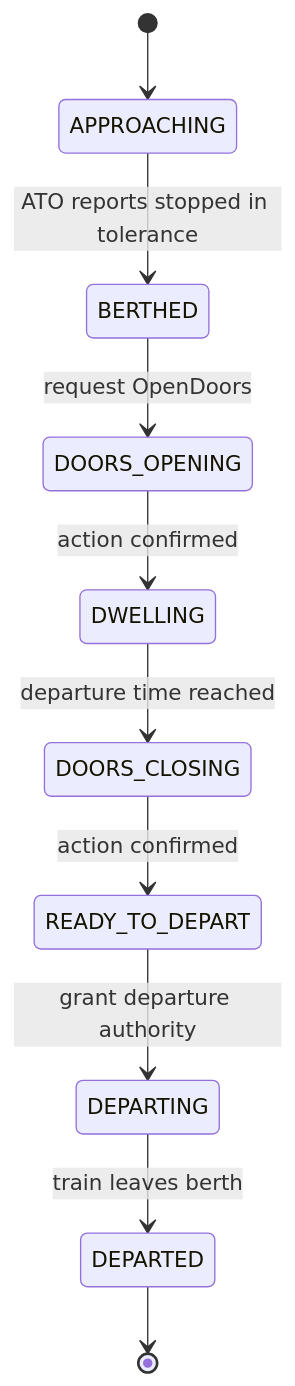
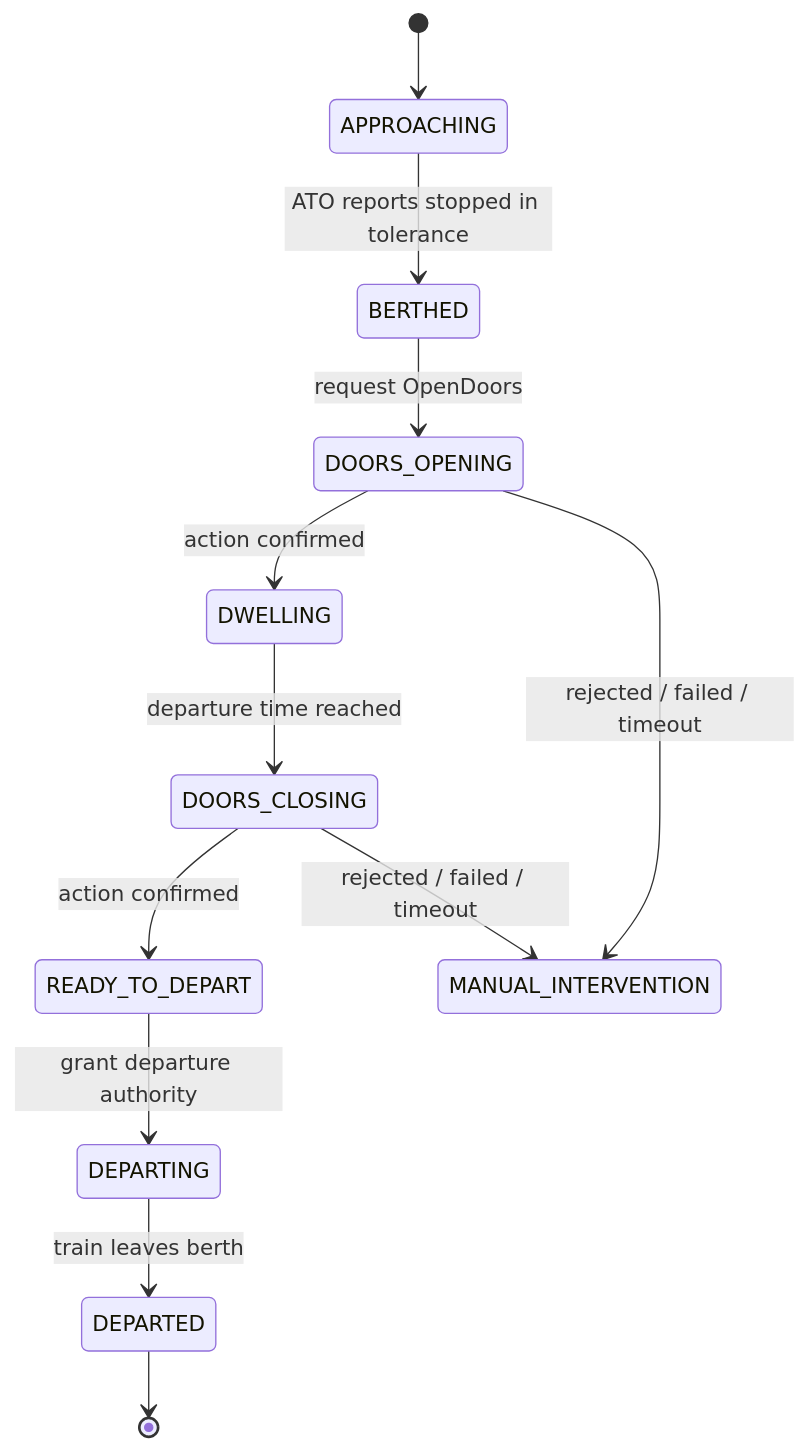
The third of 3 diagrams in docs/architecture/automatic-train-operation.md (i-Moril/JavaRailways), drawn with Mermaid before and after one commit. The commit also changed other lines of this file and 19 other files, not shown here.

````diff
--- a/docs/architecture/automatic-train-operation.md
+++ b/docs/architecture/automatic-train-operation.md
@@ -495,12 +489,14 @@
 ```mermaid
 stateDiagram-v2
     [*] --> APPROACHING
     APPROACHING --> BERTHED: ATO reports stopped in tolerance
     BERTHED --> DOORS_OPENING: request OpenDoors
     DOORS_OPENING --> DWELLING: action confirmed
     DWELLING --> DOORS_CLOSING: departure time reached
     DOORS_CLOSING --> READY_TO_DEPART: action confirmed
+    DOORS_OPENING --> MANUAL_INTERVENTION: rejected / failed / timeout
+    DOORS_CLOSING --> MANUAL_INTERVENTION: rejected / failed / timeout
     READY_TO_DEPART --> DEPARTING: grant departure authority
     DEPARTING --> DEPARTED: train leaves berth
     DEPARTED --> [*]
 ```
````
